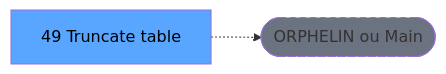
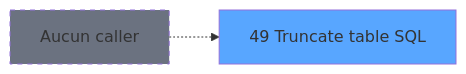
One commit to thonyAGP/magic-migration changed the second of 3 diagrams in .openspec/specs/ADH-IDE-49.md. Above: the diagram before and after it, drawn with Mermaid. The commit also changed other lines of this file and 311 other files, not shown here.

````diff
--- a/.openspec/specs/ADH-IDE-49.md
+++ b/.openspec/specs/ADH-IDE-49.md
@@ -121,8 +107,8 @@
 ```mermaid
 graph LR
-    T[49 Truncate table ]
-    ORPHAN([ORPHELIN ou Main])
-    T -.-> ORPHAN
-    style T fill:#58a6ff,color:#000
-    style ORPHAN fill:#6b7280,stroke-dasharray: 5 5
+    T49[49 Truncate table SQL]
+    style T49 fill:#58a6ff
+    NONE[Aucun caller]
+    NONE -.-> T49
+    style NONE fill:#6b7280,stroke-dasharray: 5 5
 ```
````
